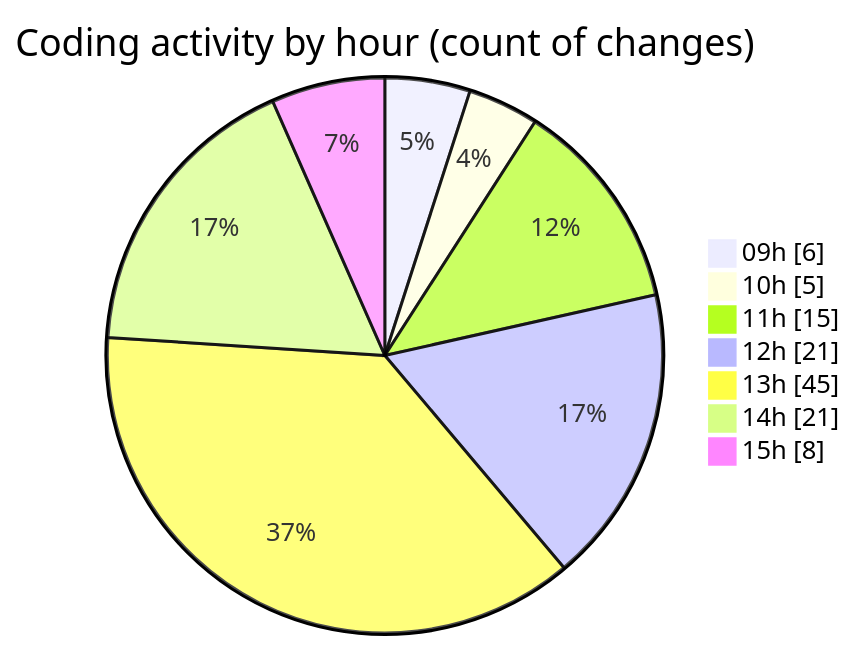
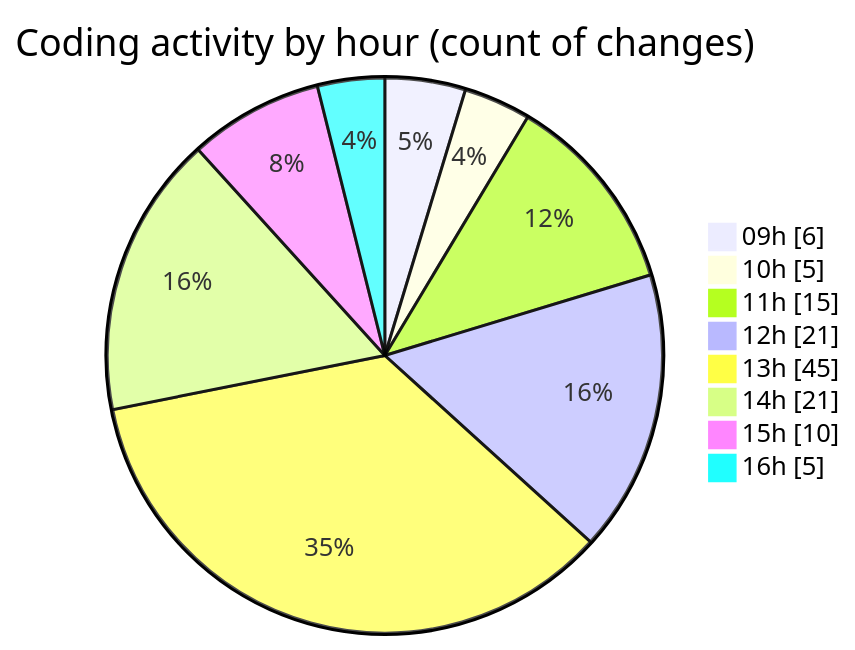
The second of 2 diagrams in 2025-10-02/cda/README.md (momahboobian/code-tracking), drawn with Mermaid before and after one commit. The commit also changed other lines of this file and 1 other file, not shown here.

````diff
--- a/2025-10-02/cda/README.md
+++ b/2025-10-02/cda/README.md
@@ -40,11 +40,12 @@
 ```mermaid
 pie showData
 title Coding activity by hour (count of changes)
 "09h" : 6
 "10h" : 5
 "11h" : 15
 "12h" : 21
 "13h" : 45
 "14h" : 21
-"15h" : 8
+"15h" : 10
+"16h" : 5
 ```
````
